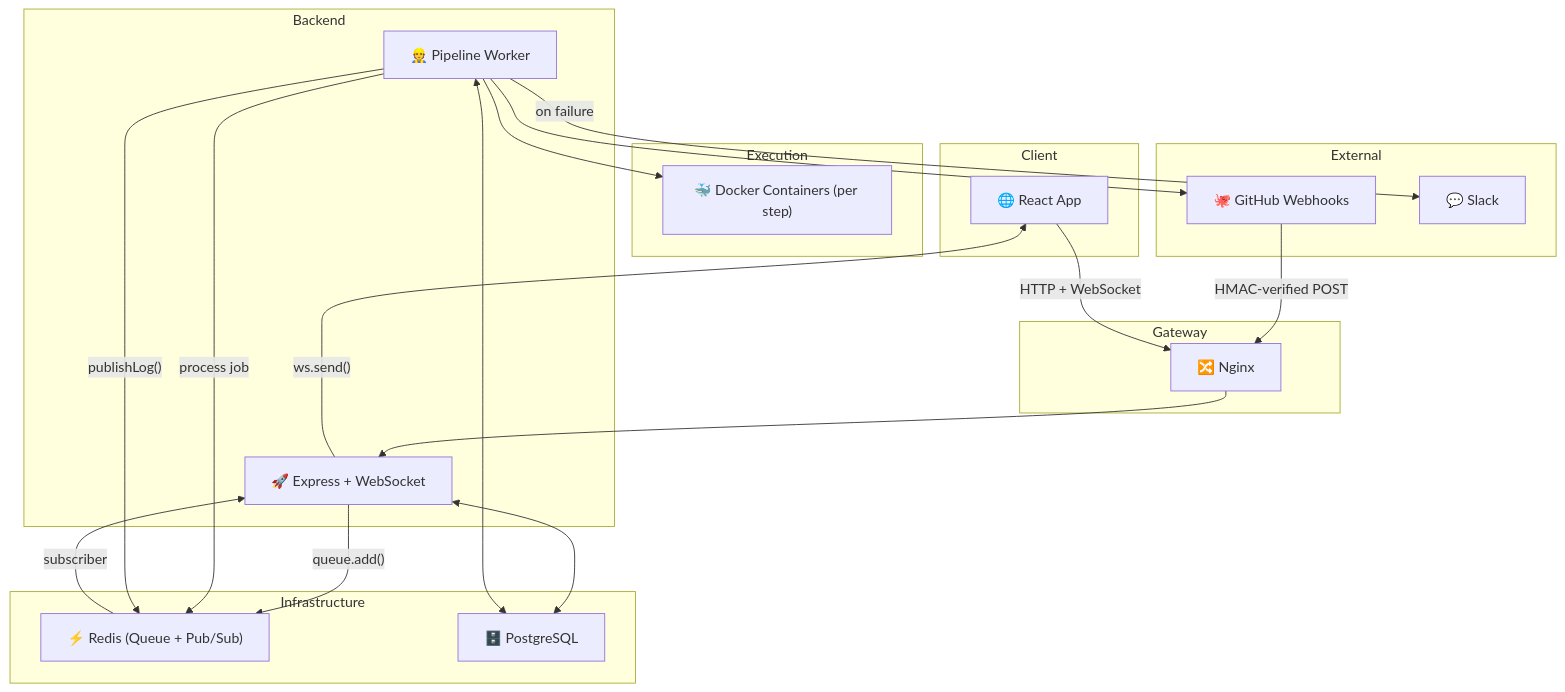
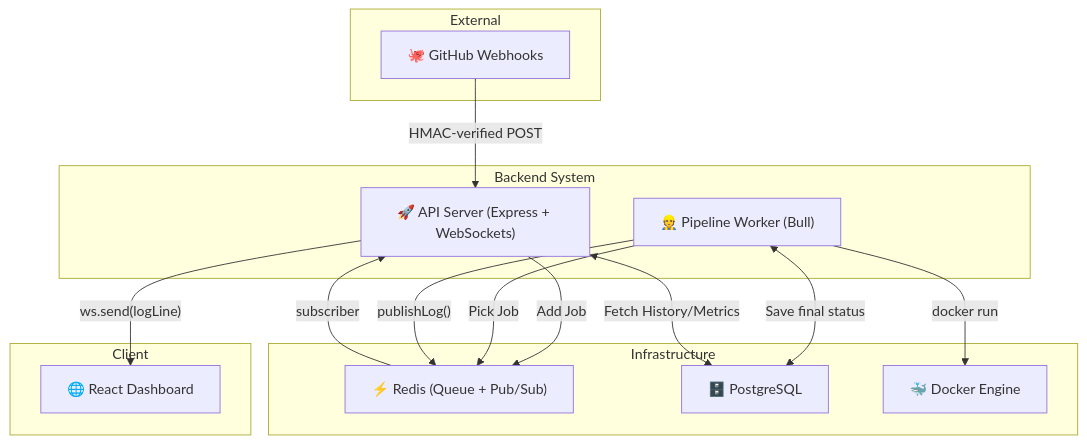
The diagram in README.md (vshawale907/cicd-engine), drawn with Mermaid before and after one commit. The commit also changed other lines of this file, not shown here.

````diff
--- a/README.md
+++ b/README.md
@@ -69,35 +82,28 @@
 ```mermaid
 graph TB
-    subgraph "Client"
-        Browser["🌐 React App"]
+    subgraph "External"
+        GitHub["🐙 GitHub Webhooks"]
     end
-    subgraph "Gateway"
-        Nginx["🔀 Nginx"]
-    end
-    subgraph "Backend"
-        Server["🚀 Express + WebSocket"]
-        Worker["👷 Pipeline Worker"]
+    subgraph "Backend System"
+        Server["🚀 API Server (Express + WebSockets)"]
+        Worker["👷 Pipeline Worker (Bull)"]
     end
     subgraph "Infrastructure"
         Redis["⚡ Redis (Queue + Pub/Sub)"]
         Postgres["🗄️ PostgreSQL"]
+        Docker["🐳 Docker Engine"]
     end
-    subgraph "Execution"
-        Docker["🐳 Docker Containers (per step)"]
-    end
-    subgraph "External"
-        GitHub["🐙 GitHub Webhooks"]
-        Slack["💬 Slack"]
+    subgraph "Client"
+        Browser["🌐 React Dashboard"]
     end
 
-    GitHub -->|"HMAC-verified POST"| Nginx --> Server
-    Browser -->|"HTTP + WebSocket"| Nginx
-    Server -->|"queue.add()"| Redis
-    Worker -->|"process job"| Redis
-    Worker --> GitHub
-    Worker --> Docker
-    Worker -->|"publishLog()"| Redis -->|"subscriber"| Server -->|"ws.send()"| Browser
-    Server <--> Postgres
-    Worker <--> Postgres
-    Worker -->|"on failure"| Slack
+    GitHub -->|"HMAC-verified POST"| Server
+    Server -->|"Add Job"| Redis
+    Worker -->|"Pick Job"| Redis
+    Worker -->|"docker run"| Docker
+    Worker -->|"publishLog()"| Redis
+    Redis -->|"subscriber"| Server
+    Server -->|"ws.send(logLine)"| Browser
+    Worker <-->|"Save final status"| Postgres
+    Server <-->|"Fetch History/Metrics"| Postgres
 ```
````
